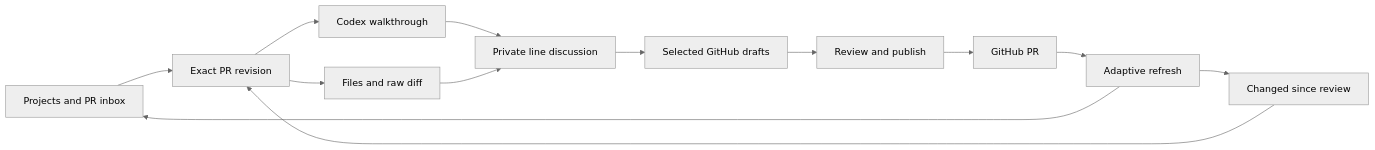
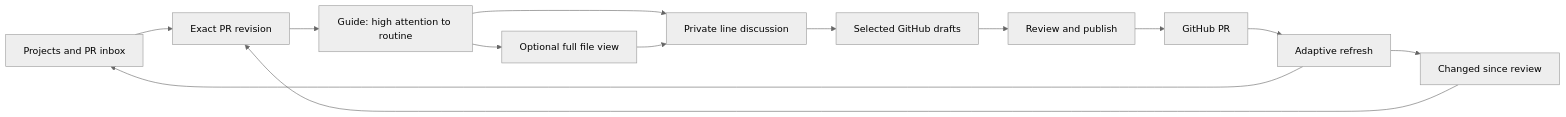
The diagram in docs/plans/initial-product/README.md (crs48/diffcity), drawn with Mermaid (neutral theme) before and after one commit. The commit also changed other lines of this file and 12 other files, not shown here.

````diff
--- a/docs/plans/initial-product/README.md
+++ b/docs/plans/initial-product/README.md
@@ -54,15 +57,15 @@
 ```mermaid
 flowchart LR
   Repos[Projects and PR inbox] --> Snapshot[Exact PR revision]
-  Snapshot --> Files[Files and raw diff]
-  Snapshot --> Guide[Codex walkthrough]
+  Snapshot --> Guide[Guide: high attention to routine]
+  Guide --> Files[Optional full file view]
   Guide --> Discuss[Private line discussion]
   Files --> Discuss
   Discuss --> Draft[Selected GitHub drafts]
   Draft --> Preview[Review and publish]
   Preview --> GitHub[GitHub PR]
   GitHub --> Sync[Adaptive refresh]
   Sync --> Repos
   Sync --> Changes[Changed since review]
   Changes --> Snapshot
 ```
````
